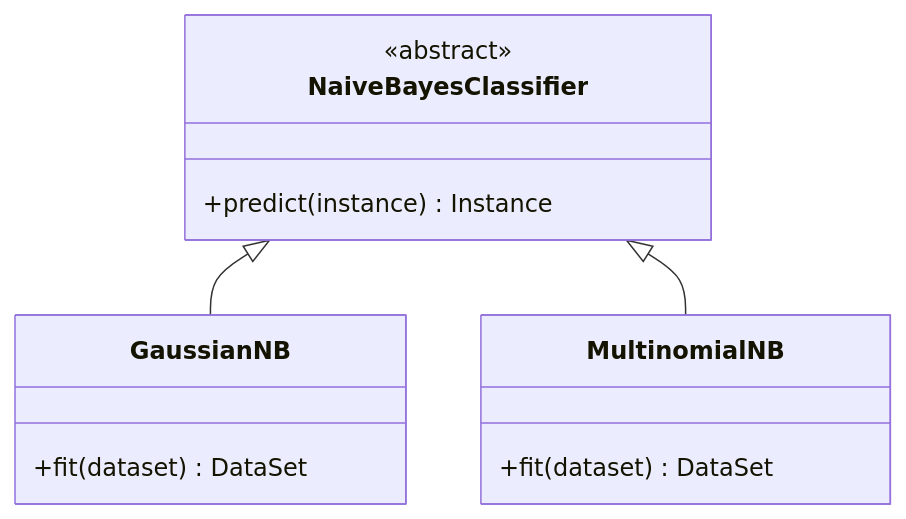
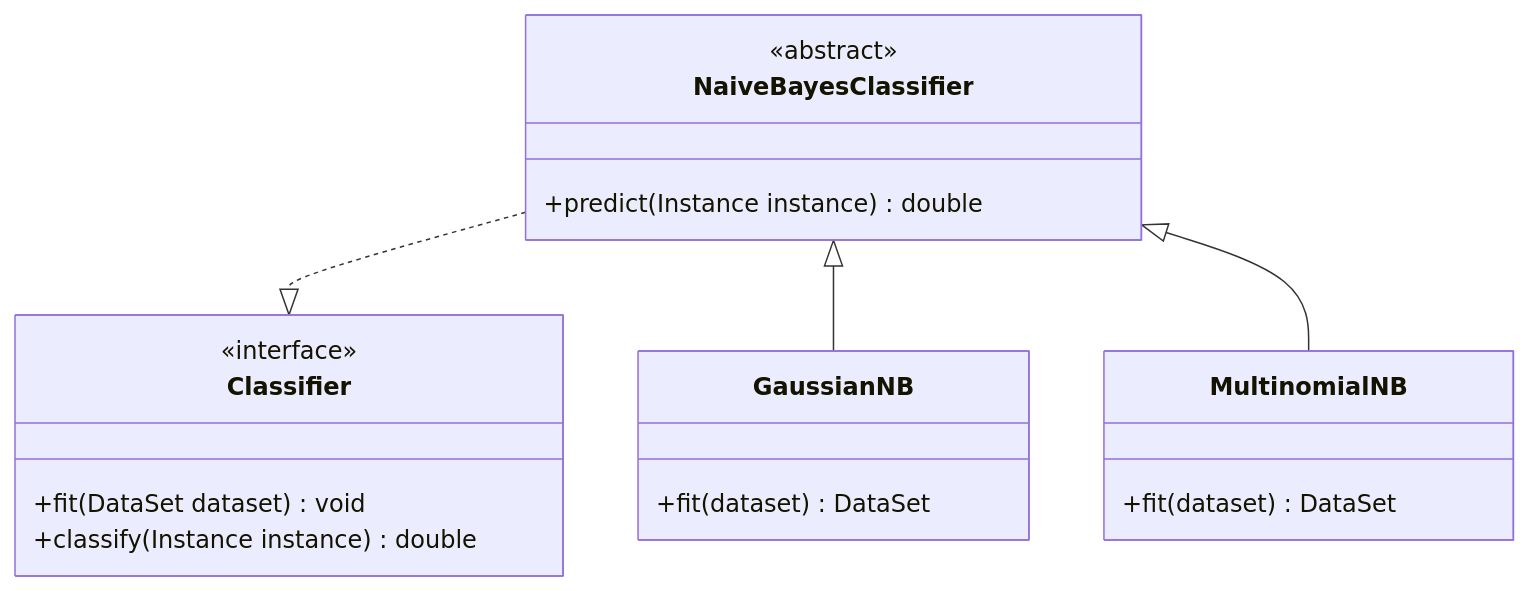
The sixth of 7 diagrams in README.md (Cloudy1225/JavaDataMining), drawn with Mermaid before and after one commit. The commit also changed other lines of this file and 20 other files, not shown here.

````diff
--- a/README.md
+++ b/README.md
@@ -206,15 +331,21 @@
 ```mermaid
 classDiagram
+	class Classifier {
+		<<interface>>
+		+fit(DataSet dataset) void
+		+classify(Instance instance) double
+	}
 	class NaiveBayesClassifier {
 		<<abstract>>
-		+predict(instance) Instance
+		+predict(Instance instance) double
 	}
 	class GaussianNB {
 		+fit(dataset) DataSet
 	}
 	class MultinomialNB {
 		+fit(dataset) DataSet
 	}
+	NaiveBayesClassifier ..|> Classifier
 	NaiveBayesClassifier <|-- GaussianNB
 	NaiveBayesClassifier <|-- MultinomialNB
 ```
````
